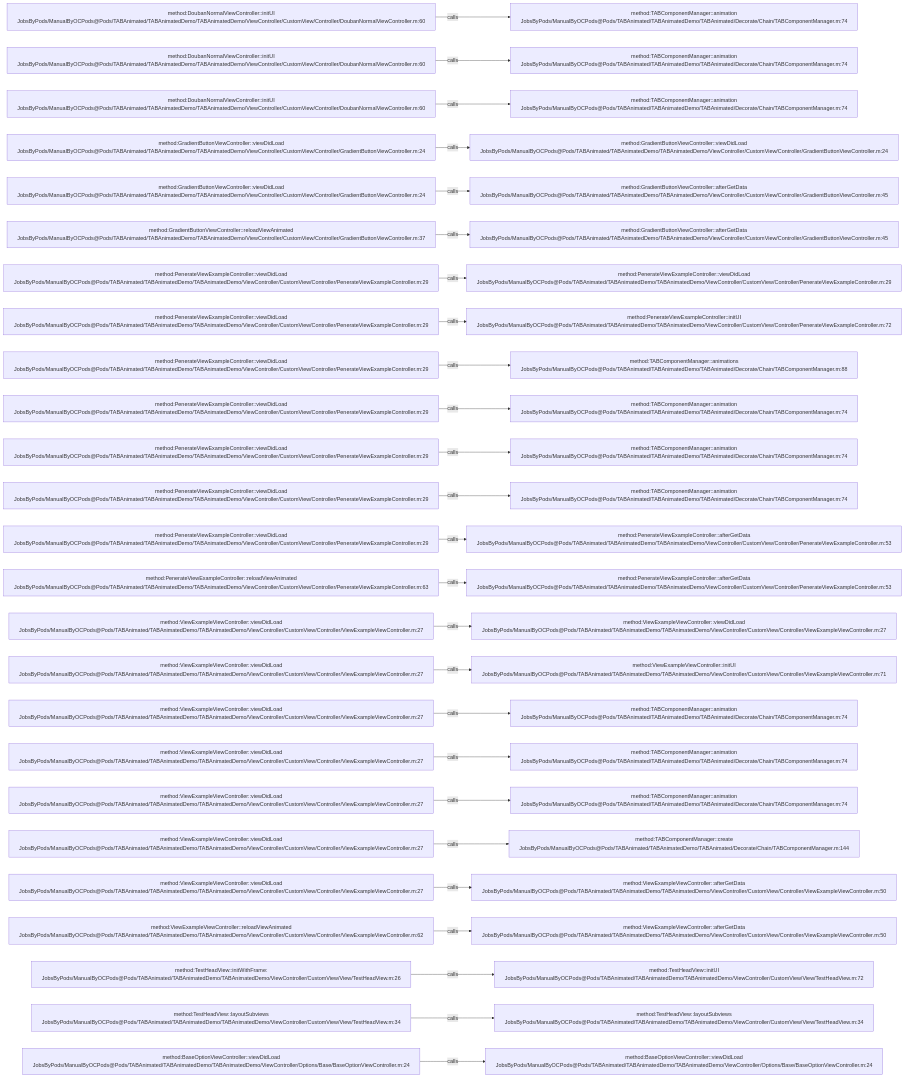
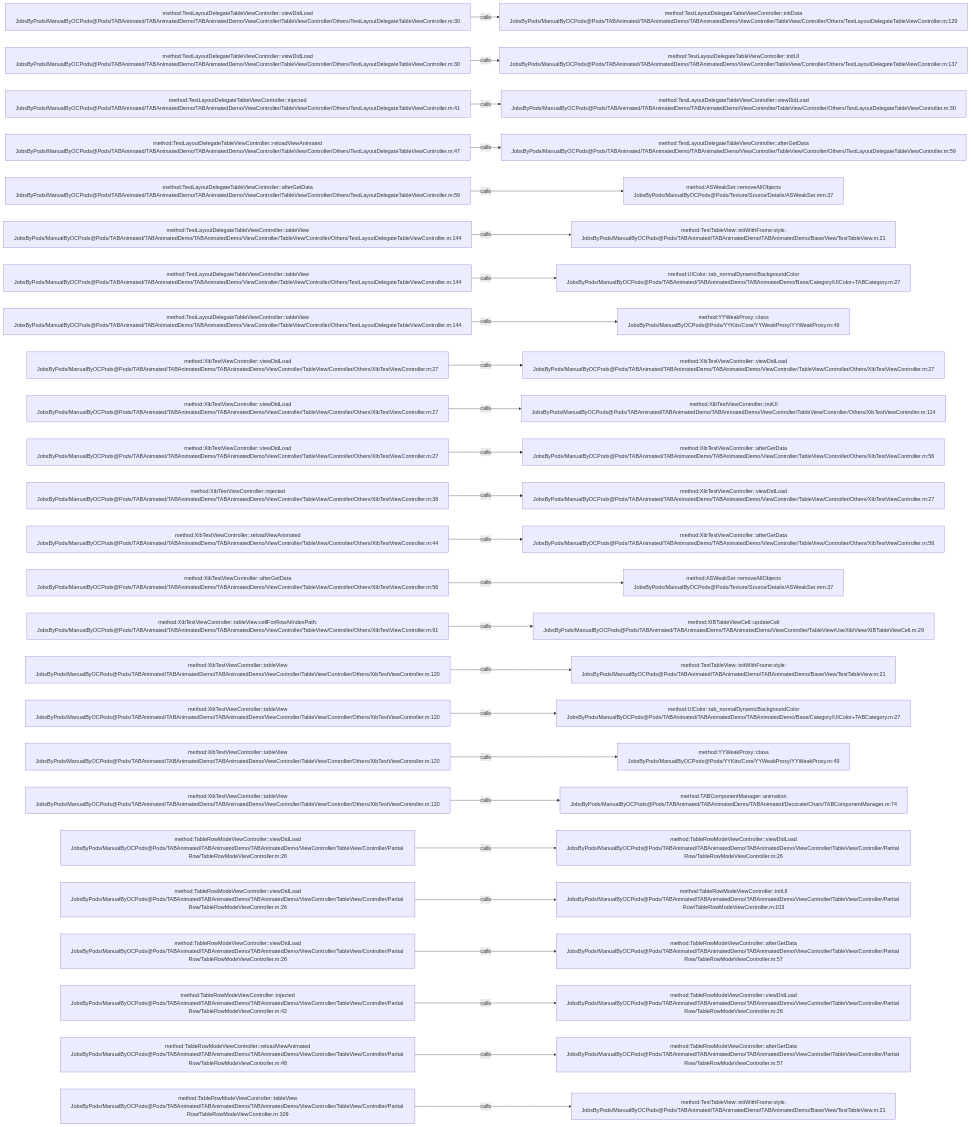
Before and after one commit to JobsKits/JobsOCBaseConfigDemo: the diagram in .codegraph/codegraph.md/graphs/calls-046.md, drawn with Mermaid. The commit also changed 2723 other files, not shown here.

````diff
--- a/.codegraph/codegraph.md/graphs/calls-046.md
+++ b/.codegraph/codegraph.md/graphs/calls-046.md
@@ -13,78 +13,78 @@
 ```mermaid
 flowchart LR
-  S1["method:DoubanNormalViewController::initUI<br/>JobsByPods/ManualByOCPods@Pods/TABAnimated/TABAnimatedDemo/TABAnimatedDemo/ViewController/CustomView/Controller/DoubanNormalViewController.m:60"]
-  T1["method:TABComponentManager::animation<br/>JobsByPods/ManualByOCPods@Pods/TABAnimated/TABAnimatedDemo/TABAnimated/Decorate/Chain/TABComponentManager.m:74"]
+  S1["method:TestLayoutDelegateTableViewController::viewDidLoad<br/>JobsByPods/ManualByOCPods@Pods/TABAnimated/TABAnimatedDemo/TABAnimatedDemo/ViewController/TableView/Controller/Others/TestLayoutDelegateTableViewController.m:30"]
+  T1["method:TestLayoutDelegateTableViewController::initData<br/>JobsByPods/ManualByOCPods@Pods/TABAnimated/TABAnimatedDemo/TABAnimatedDemo/ViewController/TableView/Controller/Others/TestLayoutDelegateTableViewController.m:129"]
   S1 -->|calls| T1
-  S2["method:DoubanNormalViewController::initUI<br/>JobsByPods/ManualByOCPods@Pods/TABAnimated/TABAnimatedDemo/TABAnimatedDemo/ViewController/CustomView/Controller/DoubanNormalViewController.m:60"]
-  T2["method:TABComponentManager::animation<br/>JobsByPods/ManualByOCPods@Pods/TABAnimated/TABAnimatedDemo/TABAnimated/Decorate/Chain/TABComponentManager.m:74"]
+  S2["method:TestLayoutDelegateTableViewController::viewDidLoad<br/>JobsByPods/ManualByOCPods@Pods/TABAnimated/TABAnimatedDemo/TABAnimatedDemo/ViewController/TableView/Controller/Others/TestLayoutDelegateTableViewController.m:30"]
+  T2["method:TestLayoutDelegateTableViewController::initUI<br/>JobsByPods/ManualByOCPods@Pods/TABAnimated/TABAnimatedDemo/TABAnimatedDemo/ViewController/TableView/Controller/Others/TestLayoutDelegateTableViewController.m:137"]
   S2 -->|calls| T2
-  S3["method:DoubanNormalViewController::initUI<br/>JobsByPods/ManualByOCPods@Pods/TABAnimated/TABAnimatedDemo/TABAnimatedDemo/ViewController/CustomView/Controller/DoubanNormalViewController.m:60"]
-  T3["method:TABComponentManager::animation<br/>JobsByPods/ManualByOCPods@Pods/TABAnimated/TABAnimatedDemo/TABAnimated/Decorate/Chain/TABComponentManager.m:74"]
+  S3["method:TestLayoutDelegateTableViewController::injected<br/>JobsByPods/ManualByOCPods@Pods/TABAnimated/TABAnimatedDemo/TABAnimatedDemo/ViewController/TableView/Controller/Others/TestLayoutDelegateTableViewController.m:41"]
+  T3["method:TestLayoutDelegateTableViewController::viewDidLoad<br/>JobsByPods/ManualByOCPods@Pods/TABAnimated/TABAnimatedDemo/TABAnimatedDemo/ViewController/TableView/Controller/Others/TestLayoutDelegateTableViewController.m:30"]
   S3 -->|calls| T3
-  S4["method:GradientButtonViewController::viewDidLoad<br/>JobsByPods/ManualByOCPods@Pods/TABAnimated/TABAnimatedDemo/TABAnimatedDemo/ViewController/CustomView/Controller/GradientButtonViewController.m:24"]
-  T4["method:GradientButtonViewController::viewDidLoad<br/>JobsByPods/ManualByOCPods@Pods/TABAnimated/TABAnimatedDemo/TABAnimatedDemo/ViewController/CustomView/Controller/GradientButtonViewController.m:24"]
+  S4["method:TestLayoutDelegateTableViewController::reloadViewAnimated<br/>JobsByPods/ManualByOCPods@Pods/TABAnimated/TABAnimatedDemo/TABAnimatedDemo/ViewController/TableView/Controller/Others/TestLayoutDelegateTableViewController.m:47"]
+  T4["method:TestLayoutDelegateTableViewController::afterGetData<br/>JobsByPods/ManualByOCPods@Pods/TABAnimated/TABAnimatedDemo/TABAnimatedDemo/ViewController/TableView/Controller/Others/TestLayoutDelegateTableViewController.m:59"]
   S4 -->|calls| T4
-  S5["method:GradientButtonViewController::viewDidLoad<br/>JobsByPods/ManualByOCPods@Pods/TABAnimated/TABAnimatedDemo/TABAnimatedDemo/ViewController/CustomView/Controller/GradientButtonViewController.m:24"]
-  T5["method:GradientButtonViewController::afterGetData<br/>JobsByPods/ManualByOCPods@Pods/TABAnimated/TABAnimatedDemo/TABAnimatedDemo/ViewController/CustomView/Controller/GradientButtonViewController.m:45"]
+  S5["method:TestLayoutDelegateTableViewController::afterGetData<br/>JobsByPods/ManualByOCPods@Pods/TABAnimated/TABAnimatedDemo/TABAnimatedDemo/ViewController/TableView/Controller/Others/TestLayoutDelegateTableViewController.m:59"]
+  T5["method:ASWeakSet::removeAllObjects<br/>JobsByPods/ManualByOCPods@Pods/Texture/Source/Details/ASWeakSet.mm:37"]
   S5 -->|calls| T5
-  S6["method:GradientButtonViewController::reloadViewAnimated<br/>JobsByPods/ManualByOCPods@Pods/TABAnimated/TABAnimatedDemo/TABAnimatedDemo/ViewController/CustomView/Controller/GradientButtonViewController.m:37"]
-  T6["method:GradientButtonViewController::afterGetData<br/>JobsByPods/ManualByOCPods@Pods/TABAnimated/TABAnimatedDemo/TABAnimatedDemo/ViewController/CustomView/Controller/GradientButtonViewController.m:45"]
+  S6["method:TestLayoutDelegateTableViewController::tableView<br/>JobsByPods/ManualByOCPods@Pods/TABAnimated/TABAnimatedDemo/TABAnimatedDemo/ViewController/TableView/Controller/Others/TestLayoutDelegateTableViewController.m:144"]
+  T6["method:TestTableView::initWithFrame:style:<br/>JobsByPods/ManualByOCPods@Pods/TABAnimated/TABAnimatedDemo/TABAnimatedDemo/Base/View/TestTableView.m:21"]
   S6 -->|calls| T6
-  S7["method:PenerateViewExampleController::viewDidLoad<br/>JobsByPods/ManualByOCPods@Pods/TABAnimated/TABAnimatedDemo/TABAnimatedDemo/ViewController/CustomView/Controller/PenerateViewExampleController.m:29"]
-  T7["method:PenerateViewExampleController::viewDidLoad<br/>JobsByPods/ManualByOCPods@Pods/TABAnimated/TABAnimatedDemo/TABAnimatedDemo/ViewController/CustomView/Controller/PenerateViewExampleController.m:29"]
+  S7["method:TestLayoutDelegateTableViewController::tableView<br/>JobsByPods/ManualByOCPods@Pods/TABAnimated/TABAnimatedDemo/TABAnimatedDemo/ViewController/TableView/Controller/Others/TestLayoutDelegateTableViewController.m:144"]
+  T7["method:UIColor::tab_normalDynamicBackgroundColor<br/>JobsByPods/ManualByOCPods@Pods/TABAnimated/TABAnimatedDemo/TABAnimatedDemo/Base/Category/UIColor+TABCategory.m:27"]
   S7 -->|calls| T7
-  S8["method:PenerateViewExampleController::viewDidLoad<br/>JobsByPods/ManualByOCPods@Pods/TABAnimated/TABAnimatedDemo/TABAnimatedDemo/ViewController/CustomView/Controller/PenerateViewExampleController.m:29"]
-  T8["method:PenerateViewExampleController::initUI<br/>JobsByPods/ManualByOCPods@Pods/TABAnimated/TABAnimatedDemo/TABAnimatedDemo/ViewController/CustomView/Controller/PenerateViewExampleController.m:72"]
+  S8["method:TestLayoutDelegateTableViewController::tableView<br/>JobsByPods/ManualByOCPods@Pods/TABAnimated/TABAnimatedDemo/TABAnimatedDemo/ViewController/TableView/Controller/Others/TestLayoutDelegateTableViewController.m:144"]
+  T8["method:YYWeakProxy::class<br/>JobsByPods/ManualByOCPods@Pods/YYKits/Core/YYWeakProxy/YYWeakProxy.m:49"]
   S8 -->|calls| T8
-  S9["method:PenerateViewExampleController::viewDidLoad<br/>JobsByPods/ManualByOCPods@Pods/TABAnimated/TABAnimatedDemo/TABAnimatedDemo/ViewController/CustomView/Controller/PenerateViewExampleController.m:29"]
-  T9["method:TABComponentManager::animations<br/>JobsByPods/ManualByOCPods@Pods/TABAnimated/TABAnimatedDemo/TABAnimated/Decorate/Chain/TABComponentManager.m:88"]
+  S9["method:XibTestViewController::viewDidLoad<br/>JobsByPods/ManualByOCPods@Pods/TABAnimated/TABAnimatedDemo/TABAnimatedDemo/ViewController/TableView/Controller/Others/XibTestViewController.m:27"]
+  T9["method:XibTestViewController::viewDidLoad<br/>JobsByPods/ManualByOCPods@Pods/TABAnimated/TABAnimatedDemo/TABAnimatedDemo/ViewController/TableView/Controller/Others/XibTestViewController.m:27"]
   S9 -->|calls| T9
-  S10["method:PenerateViewExampleController::viewDidLoad<br/>JobsByPods/ManualByOCPods@Pods/TABAnimated/TABAnimatedDemo/TABAnimatedDemo/ViewController/CustomView/Controller/PenerateViewExampleController.m:29"]
-  T10["method:TABComponentManager::animation<br/>JobsByPods/ManualByOCPods@Pods/TABAnimated/TABAnimatedDemo/TABAnimated/Decorate/Chain/TABComponentManager.m:74"]
+  S10["method:XibTestViewController::viewDidLoad<br/>JobsByPods/ManualByOCPods@Pods/TABAnimated/TABAnimatedDemo/TABAnimatedDemo/ViewController/TableView/Controller/Others/XibTestViewController.m:27"]
+  T10["method:XibTestViewController::initUI<br/>JobsByPods/ManualByOCPods@Pods/TABAnimated/TABAnimatedDemo/TABAnimatedDemo/ViewController/TableView/Controller/Others/XibTestViewController.m:114"]
   S10 -->|calls| T10
-  S11["method:PenerateViewExampleController::viewDidLoad<br/>JobsByPods/ManualByOCPods@Pods/TABAnimated/TABAnimatedDemo/TABAnimatedDemo/ViewController/CustomView/Controller/PenerateViewExampleController.m:29"]
-  T11["method:TABComponentManager::animation<br/>JobsByPods/ManualByOCPods@Pods/TABAnimated/TABAnimatedDemo/TABAnimated/Decorate/Chain/TABComponentManager.m:74"]
+  S11["method:XibTestViewController::viewDidLoad<br/>JobsByPods/ManualByOCPods@Pods/TABAnimated/TABAnimatedDemo/TABAnimatedDemo/ViewController/TableView/Controller/Others/XibTestViewController.m:27"]
+  T11["method:XibTestViewController::afterGetData<br/>JobsByPods/ManualByOCPods@Pods/TABAnimated/TABAnimatedDemo/TABAnimatedDemo/ViewController/TableView/Controller/Others/XibTestViewController.m:56"]
   S11 -->|calls| T11
-  S12["method:PenerateViewExampleController::viewDidLoad<br/>JobsByPods/ManualByOCPods@Pods/TABAnimated/TABAnimatedDemo/TABAnimatedDemo/ViewController/CustomView/Controller/PenerateViewExampleController.m:29"]
-  T12["method:TABComponentManager::animation<br/>JobsByPods/ManualByOCPods@Pods/TABAnimated/TABAnimatedDemo/TABAnimated/Decorate/Chain/TABComponentManager.m:74"]
+  S12["method:XibTestViewController::injected<br/>JobsByPods/ManualByOCPods@Pods/TABAnimated/TABAnimatedDemo/TABAnimatedDemo/ViewController/TableView/Controller/Others/XibTestViewController.m:38"]
+  T12["method:XibTestViewController::viewDidLoad<br/>JobsByPods/ManualByOCPods@Pods/TABAnimated/TABAnimatedDemo/TABAnimatedDemo/ViewController/TableView/Controller/Others/XibTestViewController.m:27"]
   S12 -->|calls| T12
-  S13["method:PenerateViewExampleController::viewDidLoad<br/>JobsByPods/ManualByOCPods@Pods/TABAnimated/TABAnimatedDemo/TABAnimatedDemo/ViewController/CustomView/Controller/PenerateViewExampleController.m:29"]
-  T13["method:PenerateViewExampleController::afterGetData<br/>JobsByPods/ManualByOCPods@Pods/TABAnimated/TABAnimatedDemo/TABAnimatedDemo/ViewController/CustomView/Controller/PenerateViewExampleController.m:53"]
+  S13["method:XibTestViewController::reloadViewAnimated<br/>JobsByPods/ManualByOCPods@Pods/TABAnimated/TABAnimatedDemo/TABAnimatedDemo/ViewController/TableView/Controller/Others/XibTestViewController.m:44"]
+  T13["method:XibTestViewController::afterGetData<br/>JobsByPods/ManualByOCPods@Pods/TABAnimated/TABAnimatedDemo/TABAnimatedDemo/ViewController/TableView/Controller/Others/XibTestViewController.m:56"]
   S13 -->|calls| T13
-  S14["method:PenerateViewExampleController::reloadViewAnimated<br/>JobsByPods/ManualByOCPods@Pods/TABAnimated/TABAnimatedDemo/TABAnimatedDemo/ViewController/CustomView/Controller/PenerateViewExampleController.m:63"]
-  T14["method:PenerateViewExampleController::afterGetData<br/>JobsByPods/ManualByOCPods@Pods/TABAnimated/TABAnimatedDemo/TABAnimatedDemo/ViewController/CustomView/Controller/PenerateViewExampleController.m:53"]
+  S14["method:XibTestViewController::afterGetData<br/>JobsByPods/ManualByOCPods@Pods/TABAnimated/TABAnimatedDemo/TABAnimatedDemo/ViewController/TableView/Controller/Others/XibTestViewController.m:56"]
+  T14["method:ASWeakSet::removeAllObjects<br/>JobsByPods/ManualByOCPods@Pods/Texture/Source/Details/ASWeakSet.mm:37"]
   S14 -->|calls| T14
-  S15["method:ViewExampleViewController::viewDidLoad<br/>JobsByPods/ManualByOCPods@Pods/TABAnimated/TABAnimatedDemo/TABAnimatedDemo/ViewController/CustomView/Controller/ViewExampleViewController.m:27"]
-  T15["method:ViewExampleViewController::viewDidLoad<br/>JobsByPods/ManualByOCPods@Pods/TABAnimated/TABAnimatedDemo/TABAnimatedDemo/ViewController/CustomView/Controller/ViewExampleViewController.m:27"]
+  S15["method:XibTestViewController::tableView:cellForRowAtIndexPath:<br/>JobsByPods/ManualByOCPods@Pods/TABAnimated/TABAnimatedDemo/TABAnimatedDemo/ViewController/TableView/Controller/Others/XibTestViewController.m:91"]
+  T15["method:XIBTableViewCell::updateCell<br/>JobsByPods/ManualByOCPods@Pods/TABAnimated/TABAnimatedDemo/TABAnimatedDemo/ViewController/TableView/UseXib/View/XIBTableViewCell.m:29"]
   S15 -->|calls| T15
-  S16["method:ViewExampleViewController::viewDidLoad<br/>JobsByPods/ManualByOCPods@Pods/TABAnimated/TABAnimatedDemo/TABAnimatedDemo/ViewController/CustomView/Controller/ViewExampleViewController.m:27"]
-  T16["method:ViewExampleViewController::initUI<br/>JobsByPods/ManualByOCPods@Pods/TABAnimated/TABAnimatedDemo/TABAnimatedDemo/ViewController/CustomView/Controller/ViewExampleViewController.m:71"]
+  S16["method:XibTestViewController::tableView<br/>JobsByPods/ManualByOCPods@Pods/TABAnimated/TABAnimatedDemo/TABAnimatedDemo/ViewController/TableView/Controller/Others/XibTestViewController.m:120"]
+  T16["method:TestTableView::initWithFrame:style:<br/>JobsByPods/ManualByOCPods@Pods/TABAnimated/TABAnimatedDemo/TABAnimatedDemo/Base/View/TestTableView.m:21"]
   S16 -->|calls| T16
-  S17["method:ViewExampleViewController::viewDidLoad<br/>JobsByPods/ManualByOCPods@Pods/TABAnimated/TABAnimatedDemo/TABAnimatedDemo/ViewController/CustomView/Controller/ViewExampleViewController.m:27"]
-  T17["method:TABComponentManager::animation<br/>JobsByPods/ManualByOCPods@Pods/TABAnimated/TABAnimatedDemo/TABAnimated/Decorate/Chain/TABComponentManager.m:74"]
+  S17["method:XibTestViewController::tableView<br/>JobsByPods/ManualByOCPods@Pods/TABAnimated/TABAnimatedDemo/TABAnimatedDemo/ViewController/TableView/Controller/Others/XibTestViewController.m:120"]
+  T17["method:UIColor::tab_normalDynamicBackgroundColor<br/>JobsByPods/ManualByOCPods@Pods/TABAnimated/TABAnimatedDemo/TABAnimatedDemo/Base/Category/UIColor+TABCategory.m:27"]
   S17 -->|calls| T17
-  S18["method:ViewExampleViewController::viewDidLoad<br/>JobsByPods/ManualByOCPods@Pods/TABAnimated/TABAnimatedDemo/TABAnimatedDemo/ViewController/CustomView/Controller/ViewExampleViewController.m:27"]
-  T18["method:TABComponentManager::animation<br/>JobsByPods/ManualByOCPods@Pods/TABAnimated/TABAnimatedDemo/TABAnimated/Decorate/Chain/TABComponentManager.m:74"]
+  S18["method:XibTestViewController::tableView<br/>JobsByPods/ManualByOCPods@Pods/TABAnimated/TABAnimatedDemo/TABAnimatedDemo/ViewController/TableView/Controller/Others/XibTestViewController.m:120"]
+  T18["method:YYWeakProxy::class<br/>JobsByPods/ManualByOCPods@Pods/YYKits/Core/YYWeakProxy/YYWeakProxy.m:49"]
   S18 -->|calls| T18
-  S19["method:ViewExampleViewController::viewDidLoad<br/>JobsByPods/ManualByOCPods@Pods/TABAnimated/TABAnimatedDemo/TABAnimatedDemo/ViewController/CustomView/Controller/ViewExampleViewController.m:27"]
+  S19["method:XibTestViewController::tableView<br/>JobsByPods/ManualByOCPods@Pods/TABAnimated/TABAnimatedDemo/TABAnimatedDemo/ViewController/TableView/Controller/Others/XibTestViewController.m:120"]
   T19["method:TABComponentManager::animation<br/>JobsByPods/ManualByOCPods@Pods/TABAnimated/TABAnimatedDemo/TABAnimated/Decorate/Chain/TABComponentManager.m:74"]
   S19 -->|calls| T19
-  S20["method:ViewExampleViewController::viewDidLoad<br/>JobsByPods/ManualByOCPods@Pods/TABAnimated/TABAnimatedDemo/TABAnimatedDemo/ViewController/CustomView/Controller/ViewExampleViewController.m:27"]
-  T20["method:TABComponentManager::create<br/>JobsByPods/ManualByOCPods@Pods/TABAnimated/TABAnimatedDemo/TABAnimated/Decorate/Chain/TABComponentManager.m:144"]
+  S20["method:TableRowModeViewController::viewDidLoad<br/>JobsByPods/ManualByOCPods@Pods/TABAnimated/TABAnimatedDemo/TABAnimatedDemo/ViewController/TableView/Controller/Partial Row/TableRowModeViewController.m:26"]
+  T20["method:TableRowModeViewController::viewDidLoad<br/>JobsByPods/ManualByOCPods@Pods/TABAnimated/TABAnimatedDemo/TABAnimatedDemo/ViewController/TableView/Controller/Partial Row/TableRowModeViewController.m:26"]
   S20 -->|calls| T20
-  S21["method:ViewExampleViewController::viewDidLoad<br/>JobsByPods/ManualByOCPods@Pods/TABAnimated/TABAnimatedDemo/TABAnimatedDemo/ViewController/CustomView/Controller/ViewExampleViewController.m:27"]
-  T21["method:ViewExampleViewController::afterGetData<br/>JobsByPods/ManualByOCPods@Pods/TABAnimated/TABAnimatedDemo/TABAnimatedDemo/ViewController/CustomView/Controller/ViewExampleViewController.m:50"]
+  S21["method:TableRowModeViewController::viewDidLoad<br/>JobsByPods/ManualByOCPods@Pods/TABAnimated/TABAnimatedDemo/TABAnimatedDemo/ViewController/TableView/Controller/Partial Row/TableRowModeViewController.m:26"]
+  T21["method:TableRowModeViewController::initUI<br/>JobsByPods/ManualByOCPods@Pods/TABAnimated/TABAnimatedDemo/TABAnimatedDemo/ViewController/TableView/Controller/Partial Row/TableRowModeViewController.m:103"]
   S21 -->|calls| T21
-  S22["method:ViewExampleViewController::reloadViewAnimated<br/>JobsByPods/ManualByOCPods@Pods/TABAnimated/TABAnimatedDemo/TABAnimatedDemo/ViewController/CustomView/Controller/ViewExampleViewController.m:62"]
-  T22["method:ViewExampleViewController::afterGetData<br/>JobsByPods/ManualByOCPods@Pods/TABAnimated/TABAnimatedDemo/TABAnimatedDemo/ViewController/CustomView/Controller/ViewExampleViewController.m:50"]
+  S22["method:TableRowModeViewController::viewDidLoad<br/>JobsByPods/ManualByOCPods@Pods/TABAnimated/TABAnimatedDemo/TABAnimatedDemo/ViewController/TableView/Controller/Partial Row/TableRowModeViewController.m:26"]
+  T22["method:TableRowModeViewController::afterGetData<br/>JobsByPods/ManualByOCPods@Pods/TABAnimated/TABAnimatedDemo/TABAnimatedDemo/ViewController/TableView/Controller/Partial Row/TableRowModeViewController.m:57"]
   S22 -->|calls| T22
-  S23["method:TestHeadView::initWithFrame:<br/>JobsByPods/ManualByOCPods@Pods/TABAnimated/TABAnimatedDemo/TABAnimatedDemo/ViewController/CustomView/View/TestHeadView.m:26"]
-  T23["method:TestHeadView::initUI<br/>JobsByPods/ManualByOCPods@Pods/TABAnimated/TABAnimatedDemo/TABAnimatedDemo/ViewController/CustomView/View/TestHeadView.m:72"]
+  S23["method:TableRowModeViewController::injected<br/>JobsByPods/ManualByOCPods@Pods/TABAnimated/TABAnimatedDemo/TABAnimatedDemo/ViewController/TableView/Controller/Partial Row/TableRowModeViewController.m:42"]
+  T23["method:TableRowModeViewController::viewDidLoad<br/>JobsByPods/ManualByOCPods@Pods/TABAnimated/TABAnimatedDemo/TABAnimatedDemo/ViewController/TableView/Controller/Partial Row/TableRowModeViewController.m:26"]
   S23 -->|calls| T23
-  S24["method:TestHeadView::layoutSubviews<br/>JobsByPods/ManualByOCPods@Pods/TABAnimated/TABAnimatedDemo/TABAnimatedDemo/ViewController/CustomView/View/TestHeadView.m:34"]
-  T24["method:TestHeadView::layoutSubviews<br/>JobsByPods/ManualByOCPods@Pods/TABAnimated/TABAnimatedDemo/TABAnimatedDemo/ViewController/CustomView/View/TestHeadView.m:34"]
+  S24["method:TableRowModeViewController::reloadViewAnimated<br/>JobsByPods/ManualByOCPods@Pods/TABAnimated/TABAnimatedDemo/TABAnimatedDemo/ViewController/TableView/Controller/Partial Row/TableRowModeViewController.m:48"]
+  T24["method:TableRowModeViewController::afterGetData<br/>JobsByPods/ManualByOCPods@Pods/TABAnimated/TABAnimatedDemo/TABAnimatedDemo/ViewController/TableView/Controller/Partial Row/TableRowModeViewController.m:57"]
   S24 -->|calls| T24
-  S25["method:BaseOptionViewController::viewDidLoad<br/>JobsByPods/ManualByOCPods@Pods/TABAnimated/TABAnimatedDemo/TABAnimatedDemo/ViewController/Options/Base/BaseOptionViewController.m:24"]
-  T25["method:BaseOptionViewController::viewDidLoad<br/>JobsByPods/ManualByOCPods@Pods/TABAnimated/TABAnimatedDemo/TABAnimatedDemo/ViewController/Options/Base/BaseOptionViewController.m:24"]
+  S25["method:TableRowModeViewController::tableView<br/>JobsByPods/ManualByOCPods@Pods/TABAnimated/TABAnimatedDemo/TABAnimatedDemo/ViewController/TableView/Controller/Partial Row/TableRowModeViewController.m:109"]
+  T25["method:TestTableView::initWithFrame:style:<br/>JobsByPods/ManualByOCPods@Pods/TABAnimated/TABAnimatedDemo/TABAnimatedDemo/Base/View/TestTableView.m:21"]
   S25 -->|calls| T25
 ```
````
